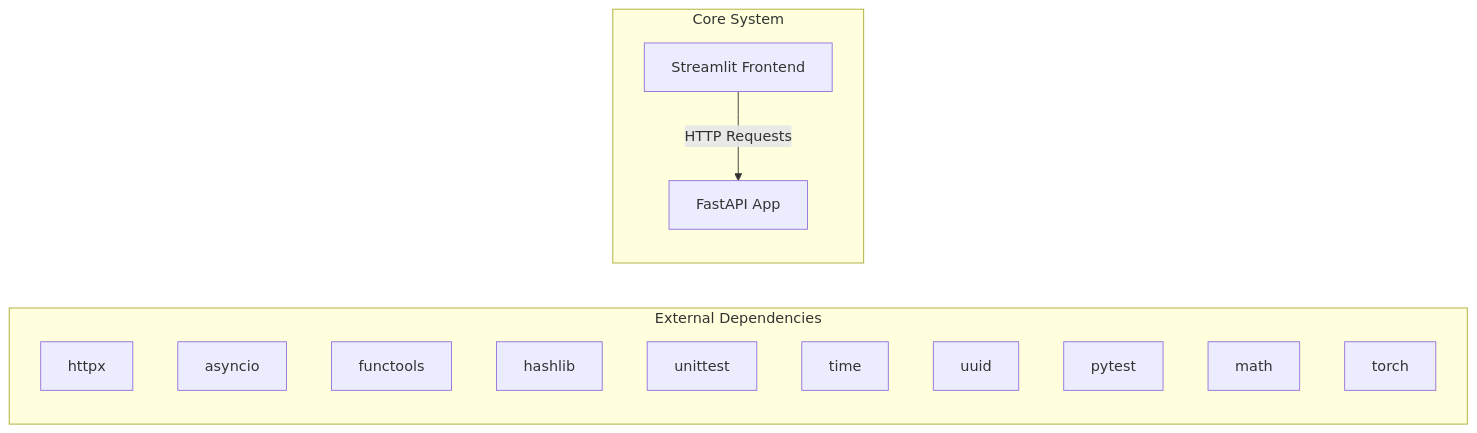
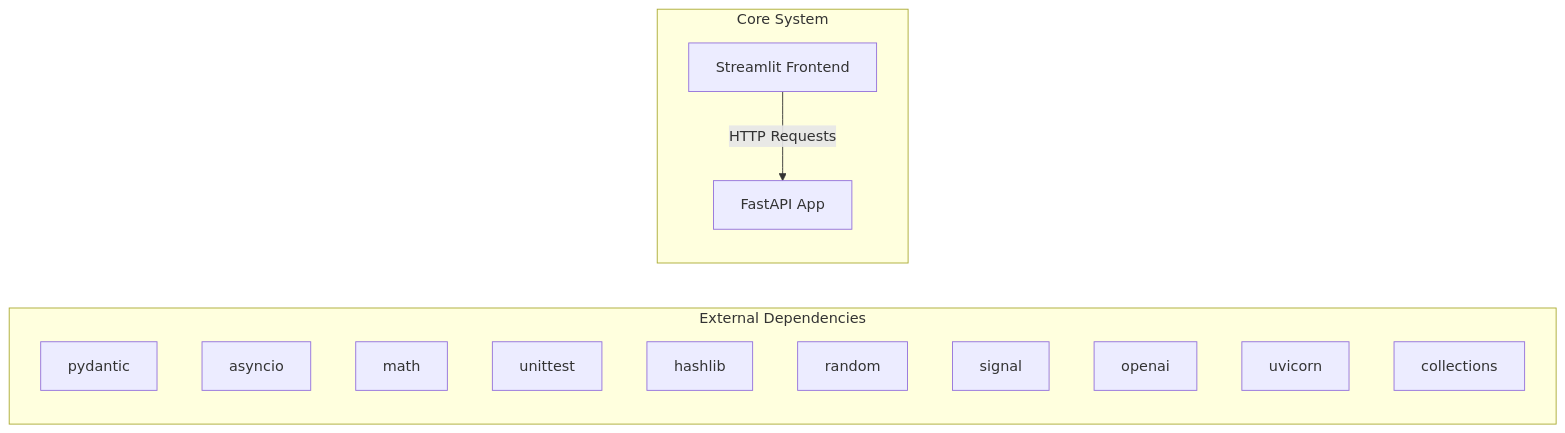
One commit to NITISH-R-G/rag-context-optimizer changed the first of 2 diagrams in docs/architecture.md. Above: the diagram before and after it, drawn with Mermaid. The commit also changed 1 other file, not shown here.

Commit message:
docs: auto-update repository knowledge, architecture diagrams, and documentation

````diff
--- a/docs/architecture.md
+++ b/docs/architecture.md
@@ -7,20 +7,20 @@
 ```mermaid
 graph LR
     subgraph External Dependencies
-        E0["httpx"]
+        E0["pydantic"]
         E1["asyncio"]
-        E2["functools"]
-        E3["hashlib"]
-        E4["unittest"]
-        E5["time"]
-        E6["uuid"]
-        E7["pytest"]
-        E8["math"]
-        E9["torch"]
+        E2["math"]
+        E3["unittest"]
+        E4["hashlib"]
+        E5["random"]
+        E6["signal"]
+        E7["openai"]
+        E8["uvicorn"]
+        E9["collections"]
     end
     subgraph Core System
         API["FastAPI App"]
         UI["Streamlit Frontend"]
     end
     UI -->|HTTP Requests| API
 ```
````
